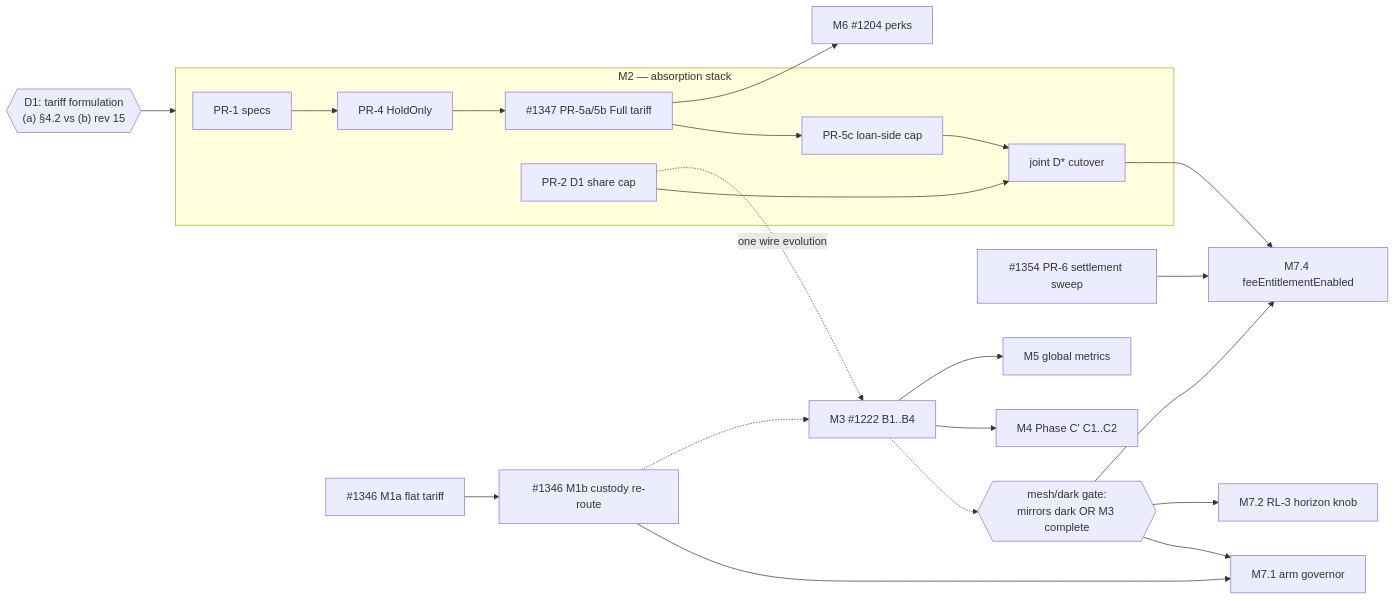
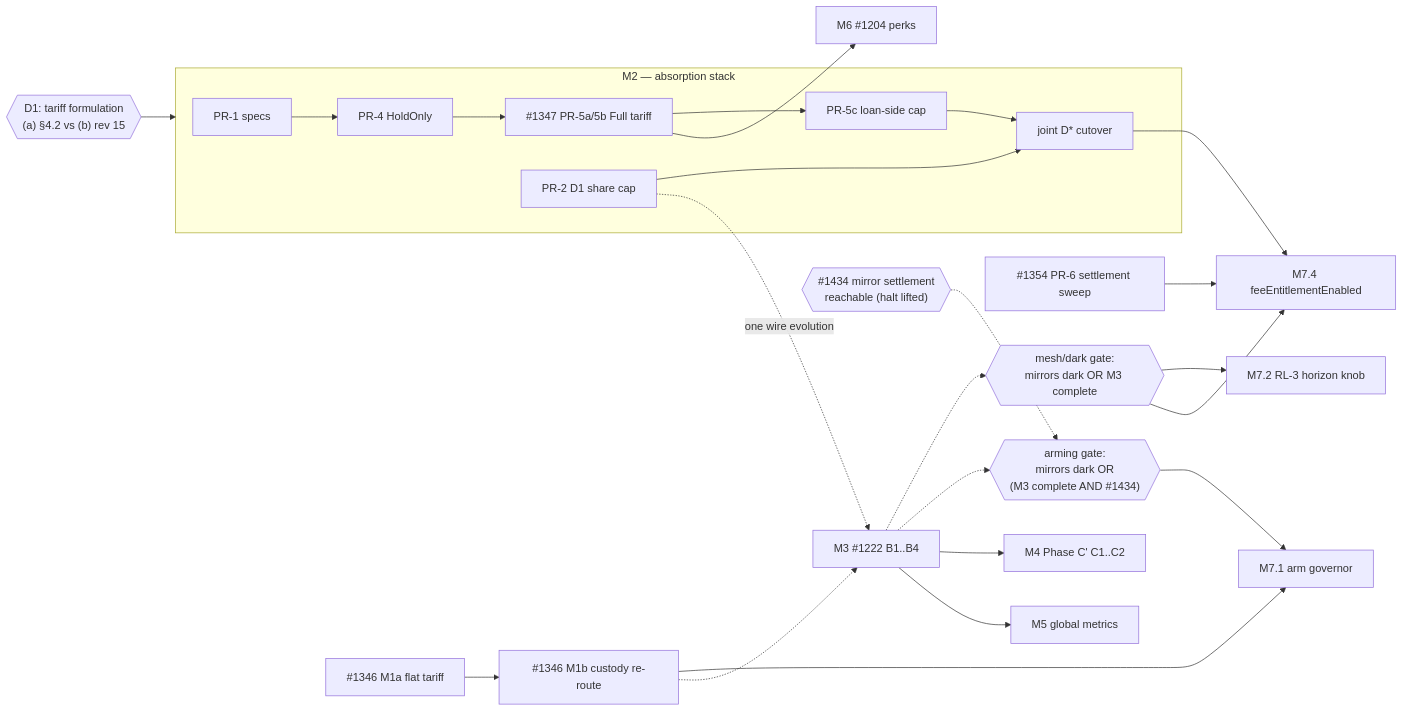
One commit to vaipakam/vaipakam changed the diagram in docs/DesignsAndPlans/VpfiRecyclingCompletionPlan.md. Above: the diagram before and after it, drawn with Mermaid. The commit also changed other lines of this file and 6 other files, not shown here.

````diff
--- a/docs/DesignsAndPlans/VpfiRecyclingCompletionPlan.md
+++ b/docs/DesignsAndPlans/VpfiRecyclingCompletionPlan.md
@@ -567,24 +673,27 @@
 ```mermaid
 flowchart LR
   D1{{"D1: tariff formulation<br/>(a) §4.2 vs (b) rev 15"}} --> M2
   M1a[#1346 M1a flat tariff] --> M1b[#1346 M1b custody re-route]
   M1b --> ARM[M7.1 arm governor]
-  GATE{{"mesh/dark gate:<br/>mirrors dark OR M3 complete"}} --> ARM
+  GATE{{"mesh/dark gate:<br/>mirrors dark OR M3 complete"}}
   M3 -.-> GATE
+  ARMGATE{{"arming gate:<br/>mirrors dark OR<br/>(M3 complete AND #1434)"}} --> ARM
+  M3 -.-> ARMGATE
+  SETTLE{{"#1434 mirror settlement<br/>reachable (halt lifted)"}} -.-> ARMGATE
   GATE --> RL3KNOB[M7.2 RL-3 horizon knob]
   subgraph M2 [M2 — absorption stack]
     PR1[PR-1 specs] --> PR4[PR-4 HoldOnly]
     PR4 --> PR5[#1347 PR-5a/5b Full tariff]
     PR5 --> PR5c[PR-5c loan-side cap]
     PR2[PR-2 D1 share cap] --> DSTAR[joint D* cutover]
     PR5c --> DSTAR
   end
   DSTAR --> FEE[M7.4 feeEntitlementEnabled]
   PR6[#1354 PR-6 settlement sweep] --> FEE
   GATE --> FEE
   PR2 -. one wire evolution .-> M3[M3 #1222 B1..B4]
   M1b -.-> M3
   M3 --> M4[M4 Phase C' C1..C2]
   M3 --> M5g[M5 global metrics]
   PR5 --> E2[M6 #1204 perks]
 ```
````
